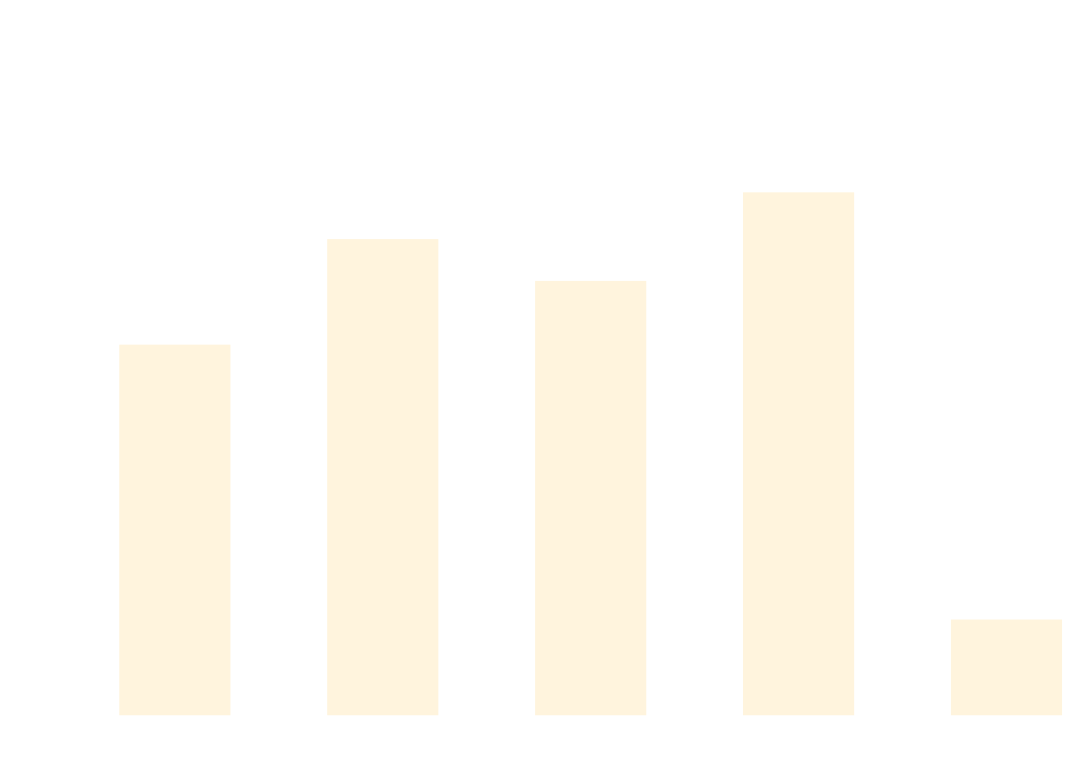
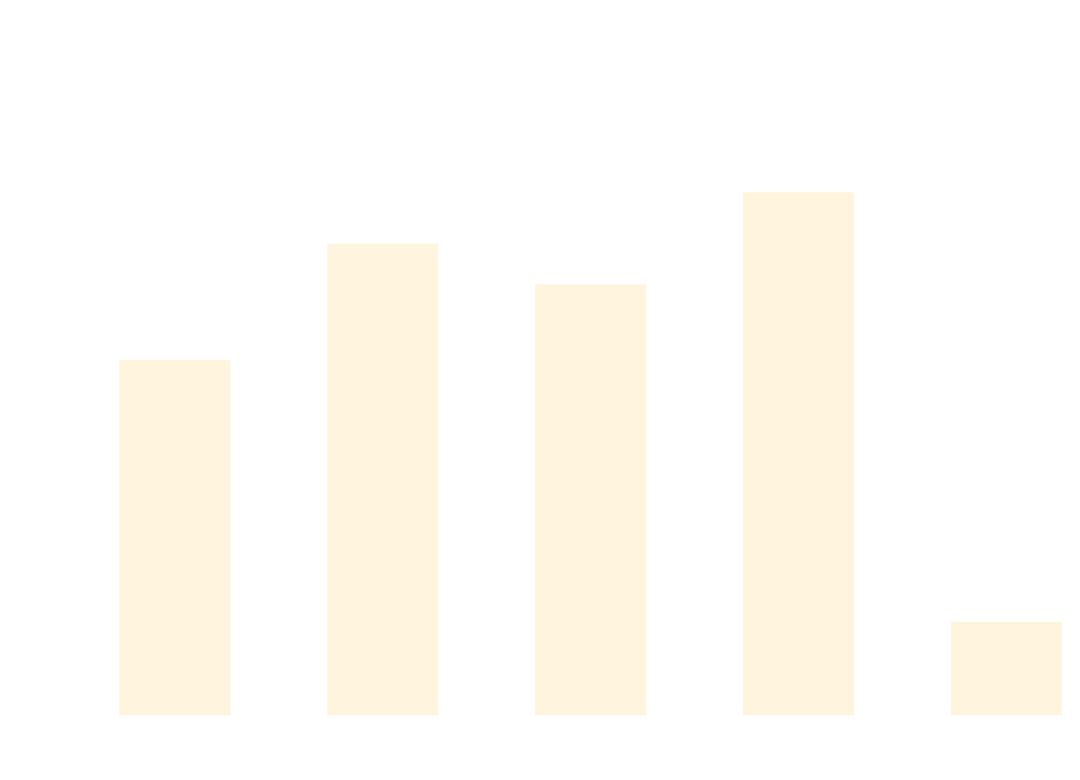
One commit to thomhurst/TUnit changed the diagram in docs/docs/benchmarks/AsyncTests.md. Above: the diagram before and after it, drawn with Mermaid. The commit also changed other lines of this file and 17 other files, not shown here.

````diff
--- a/docs/docs/benchmarks/AsyncTests.md
+++ b/docs/docs/benchmarks/AsyncTests.md
@@ -27,37 +27,37 @@
 ```mermaid
 %%{init: {
   'theme':'base',
   'themeVariables': {
     'primaryColor': '#2563eb',
     'primaryTextColor': '#ffffff',
     'primaryBorderColor': '#1e40af',
     'lineColor': '#6b7280',
     'secondaryColor': '#7c3aed',
     'tertiaryColor': '#dc2626',
     'background': '#ffffff',
     'mainBkg': '#2563eb',
     'secondBkg': '#7c3aed',
     'tertiaryBkg': '#dc2626',
     'clusterBkg': '#f3f4f6',
     'edgeLabelBackground': '#ffffff',
     'tertiaryTextColor': '#1f2937',
     'pie1': '#2563eb',
     'pie2': '#7c3aed',
     'pie3': '#dc2626',
     'pie4': '#f59e0b',
     'pie5': '#10b981',
     'pie6': '#06b6d4',
     'pie7': '#ec4899',
     'pie8': '#6366f1',
     'pie9': '#84cc16',
     'pie10': '#f97316',
     'pie11': '#14b8a6',
     'pie12': '#a855f7'
   }
 }}%%
 xychart-beta
   title "AsyncTests Performance Comparison"
   x-axis ["TUnit", "NUnit", "MSTest", "xUnit3", "TUnit_AOT"]
-  y-axis "Time (ms)" 0 --> 895
-  bar [523.5, 677.5, 616.5, 745.7, 122.5]
+  y-axis "Time (ms)" 0 --> 921
+  bar [515.8, 690.2, 629.3, 767.3, 122.8]
 ```
````
